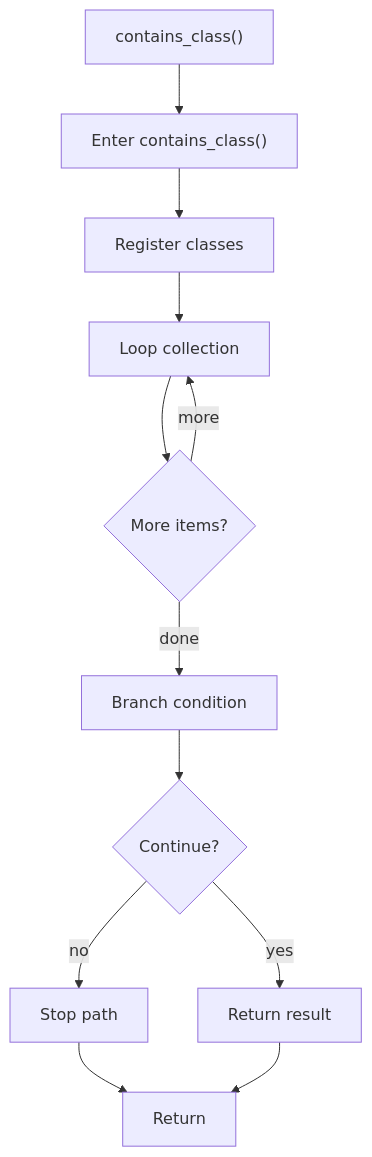
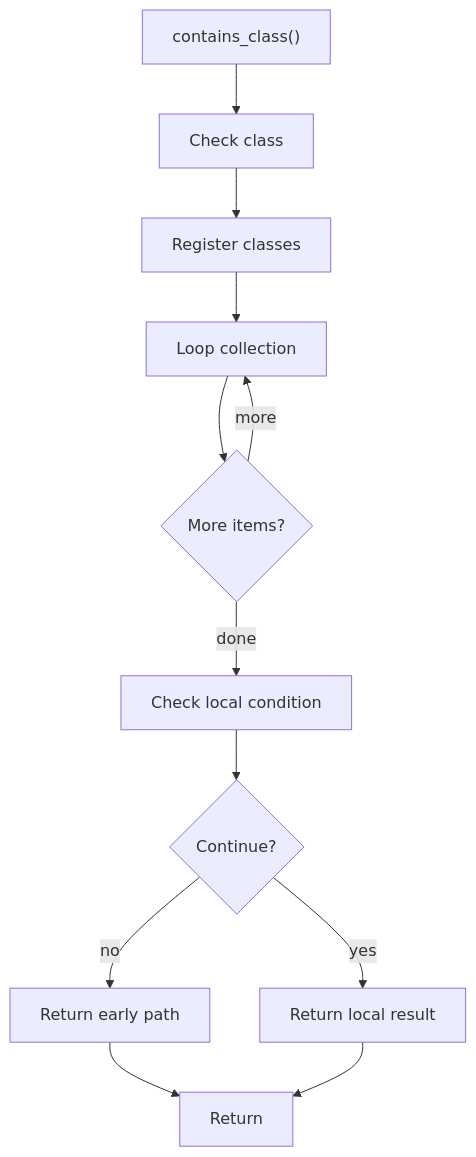
Before and after one commit to JohnAndrewBalbarosa/NeoTerritory: the diagram in docs/Codebase/Microservice/Modules/Source/Analysis/Lexical/StructuralHooks/Flow/functions/contains_class.cpp.md, drawn with Mermaid. The commit also changed other lines of this file and 925 other files, not shown here.

````diff
--- a/docs/Codebase/Microservice/Modules/Source/Analysis/Lexical/StructuralHooks/Flow/functions/contains_class.cpp.md
+++ b/docs/Codebase/Microservice/Modules/Source/Analysis/Lexical/StructuralHooks/Flow/functions/contains_class.cpp.md
@@ -19,24 +19,24 @@
 ```mermaid
 flowchart TD
     Start["contains_class()"]
-    N0["Enter contains_class()"]
+    N0["Check class"]
     N1["Register classes"]
     N2["Loop collection"]
     L2{"More items?"}
-    N3["Branch condition"]
+    N3["Check local condition"]
     D3{"Continue?"}
-    R3["Stop path"]
-    N4["Return result"]
+    R3["Return early path"]
+    N4["Return local result"]
     End["Return"]
     Start --> N0
     N0 --> N1
     N1 --> N2
     N2 --> L2
     L2 -->|more| N2
     L2 -->|done| N3
     N3 --> D3
     D3 -->|yes| N4
     D3 -->|no| R3
     R3 --> End
     N4 --> End
 ```
````
